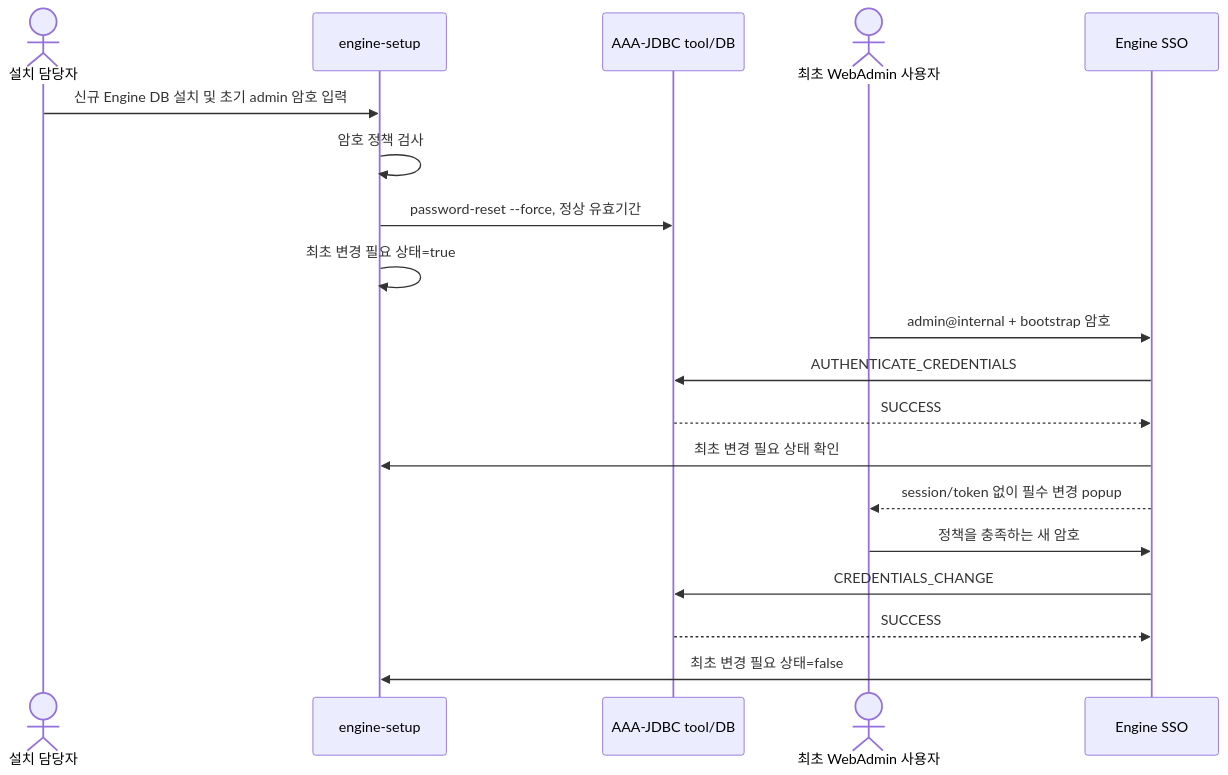
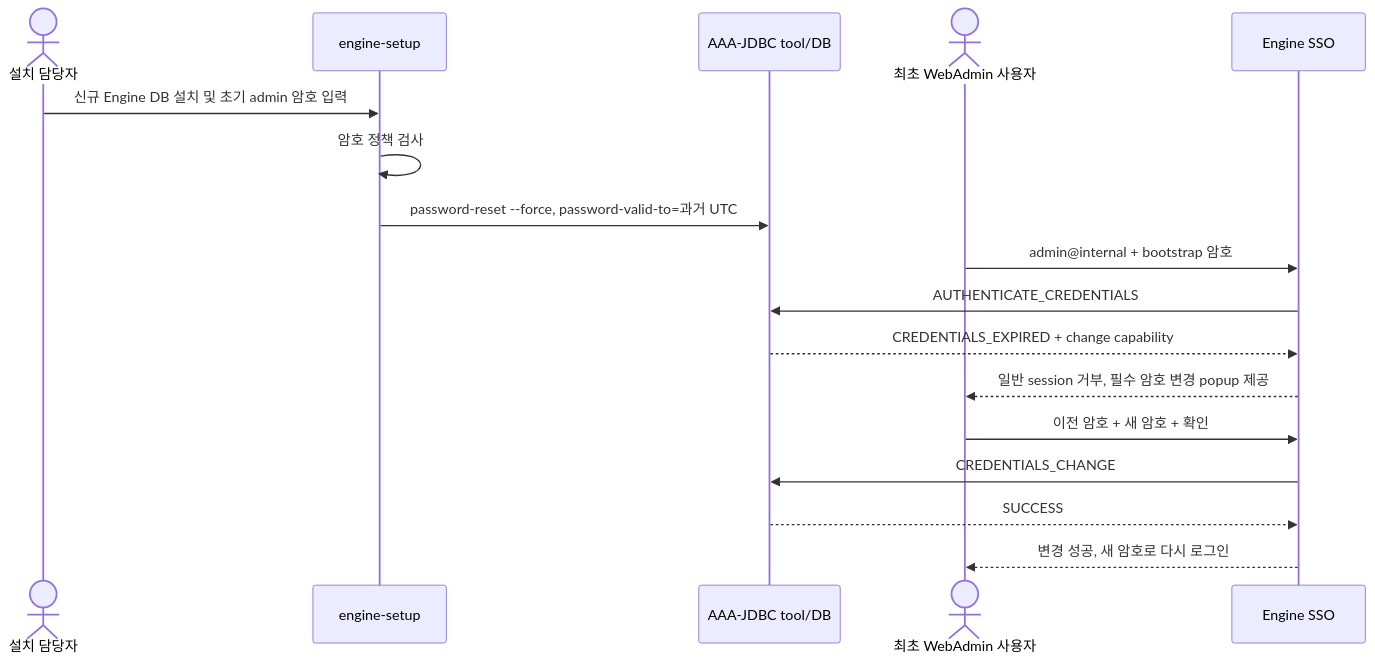
Before and after one commit to mussosinsa/ovworks4.5: the diagram in docs/first-webadmin-login-password-change.md, drawn with Mermaid. The commit also changed other lines of this file and 7 other files, not shown here.

Commit message:
Restore stable admin login and WebAdmin flow

````diff
--- a/docs/first-webadmin-login-password-change.md
+++ b/docs/first-webadmin-login-password-change.md
@@ -52,22 +38,20 @@
 ```mermaid
 sequenceDiagram
     actor I as 설치 담당자
     participant E as engine-setup
     participant J as AAA-JDBC tool/DB
     actor U as 최초 WebAdmin 사용자
     participant S as Engine SSO
 
     I->>E: 신규 Engine DB 설치 및 초기 admin 암호 입력
     E->>E: 암호 정책 검사
-    E->>J: password-reset --force, 정상 유효기간
-    E->>E: 최초 변경 필요 상태=true
+    E->>J: password-reset --force, password-valid-to=과거 UTC
     U->>S: admin@internal + bootstrap 암호
     S->>J: AUTHENTICATE_CREDENTIALS
-    J-->>S: SUCCESS
-    S->>E: 최초 변경 필요 상태 확인
-    S-->>U: session/token 없이 필수 변경 popup
-    U->>S: 정책을 충족하는 새 암호
+    J-->>S: CREDENTIALS_EXPIRED + change capability
+    S-->>U: 일반 session 거부, 필수 암호 변경 popup 제공
+    U->>S: 이전 암호 + 새 암호 + 확인
     S->>J: CREDENTIALS_CHANGE
     J-->>S: SUCCESS
-    S->>E: 최초 변경 필요 상태=false
+    S-->>U: 변경 성공, 새 암호로 다시 로그인
 ```
````
